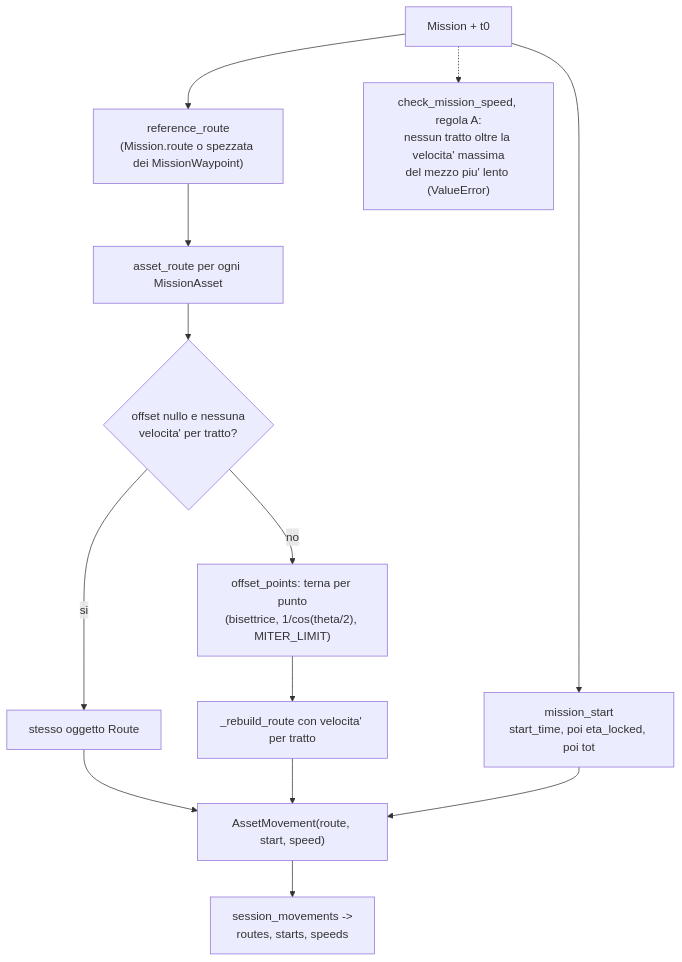
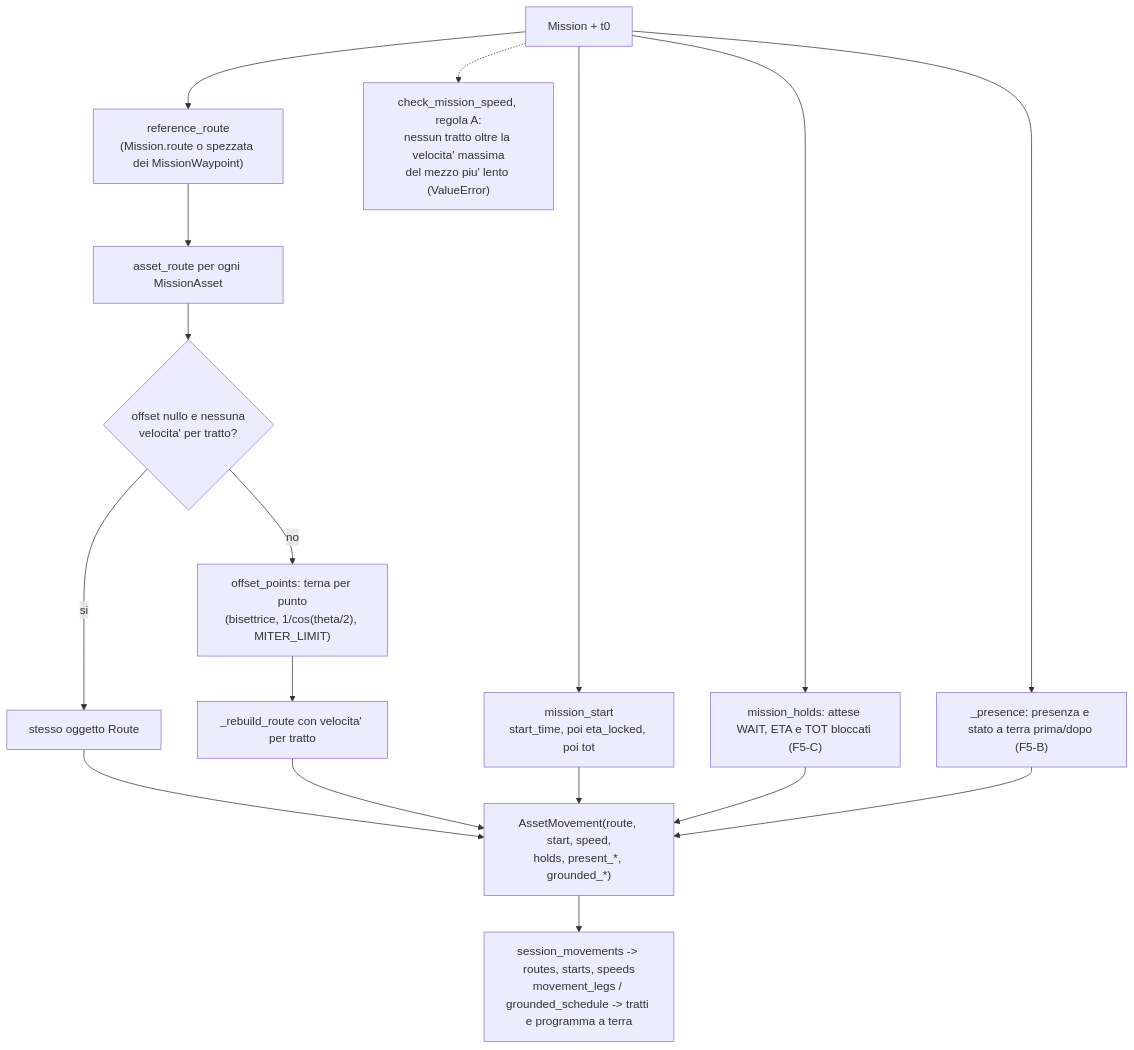
Before and after one commit to MakusIV/Warfare-Model: the fourth of 12 diagrams in Analysis/Document/Manuale_Motore_DES/07_Orchestratore_Session_Simulator.md, drawn with Mermaid. The commit also changed other lines of this file and 9 other files, not shown here.

````diff
--- a/Analysis/Document/Manuale_Motore_DES/07_Orchestratore_Session_Simulator.md
+++ b/Analysis/Document/Manuale_Motore_DES/07_Orchestratore_Session_Simulator.md
@@ -464,15 +556,19 @@
 ```mermaid
 flowchart TD
     MI["Mission + t0"] --> RR["reference_route<br/>(Mission.route o spezzata dei MissionWaypoint)"]
     MI -.-> RA["check_mission_speed, regola A:<br/>nessun tratto oltre la velocita' massima<br/>del mezzo piu' lento (ValueError)"]
     MI --> MS["mission_start<br/>start_time, poi eta_locked, poi tot"]
+    MI --> HL["mission_holds: attese WAIT, ETA e TOT bloccati (F5-C)"]
+    MI --> PR["_presence: presenza e stato a terra prima/dopo (F5-B)"]
     RR --> AR["asset_route per ogni MissionAsset"]
     AR --> Z{"offset nullo e nessuna<br/>velocita' per tratto?"}
     Z -->|si| SAME["stesso oggetto Route"]
     Z -->|no| OFF["offset_points: terna per punto<br/>(bisettrice, 1/cos(theta/2), MITER_LIMIT)"]
     OFF --> REB["_rebuild_route con velocita' per tratto"]
-    SAME --> MOV["AssetMovement(route, start, speed)"]
+    SAME --> MOV["AssetMovement(route, start, speed,<br/>holds, present_*, grounded_*)"]
     REB --> MOV
     MS --> MOV
-    MOV --> SM["session_movements -><br/>routes, starts, speeds"]
+    HL --> MOV
+    PR --> MOV
+    MOV --> SM["session_movements -> routes, starts, speeds<br/>movement_legs / grounded_schedule -> tratti e programma a terra"]
 ```
````
